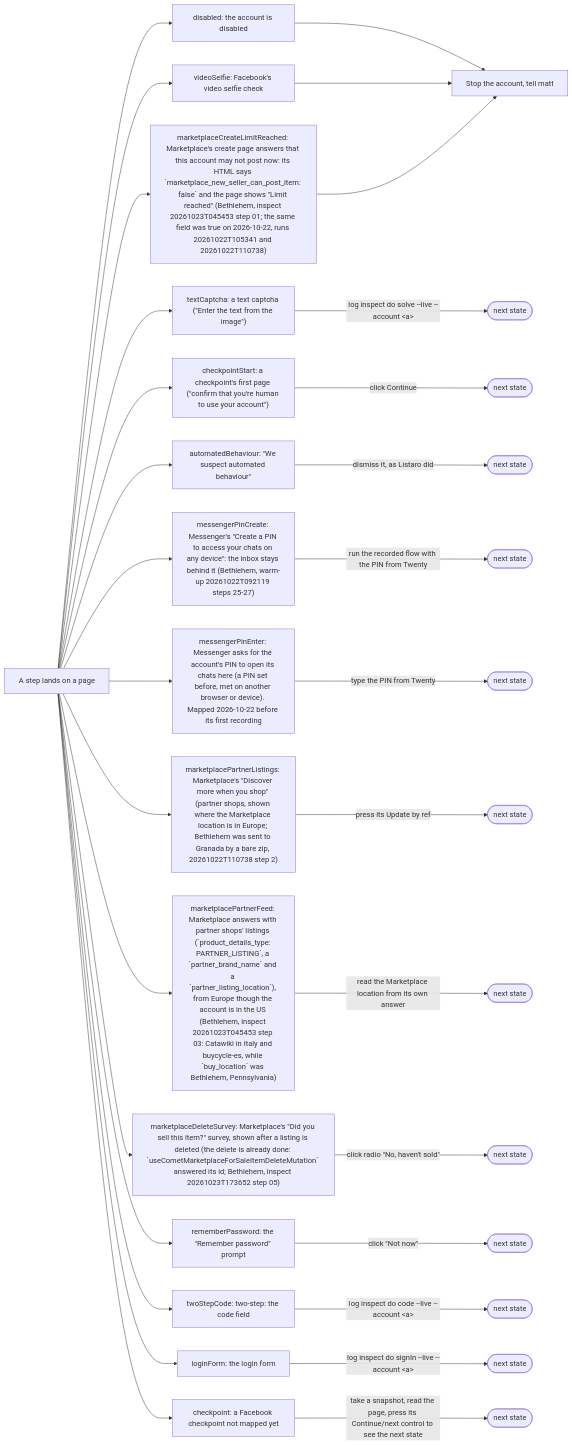
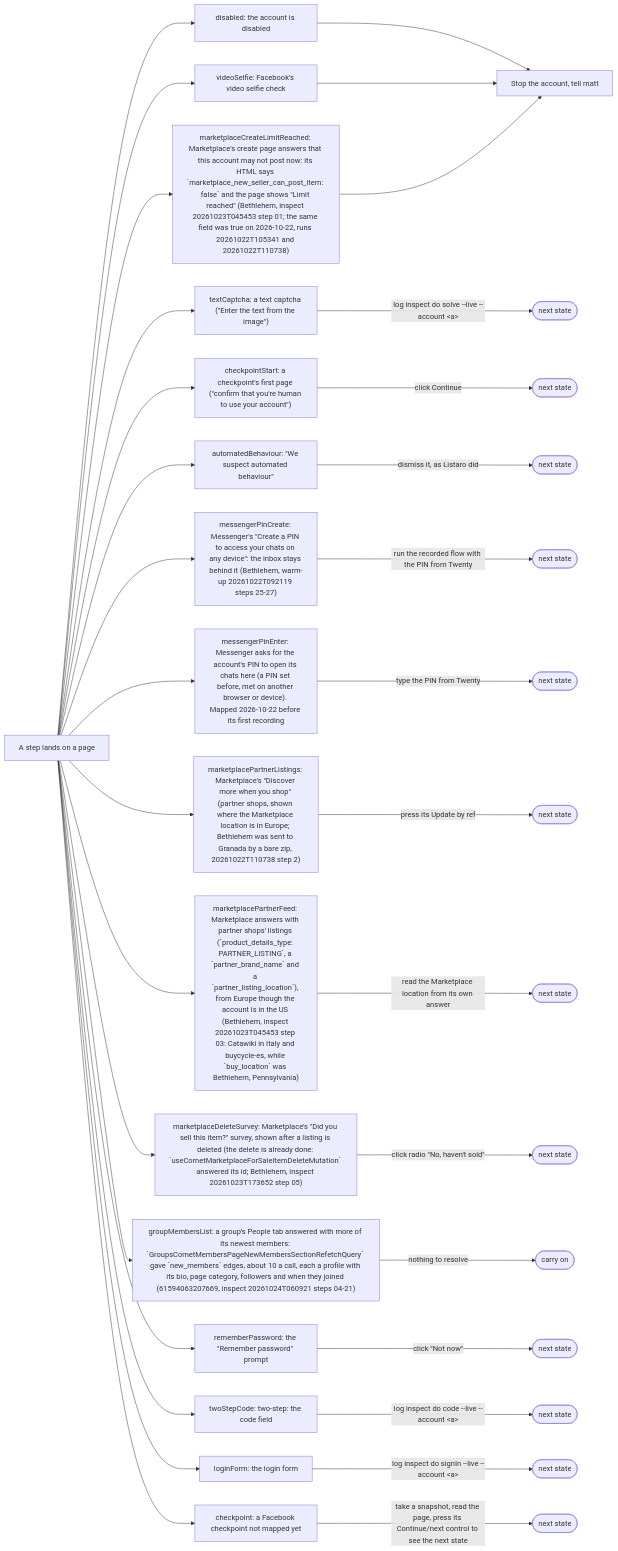
The fifth of 5 diagrams in README.md (matthewdonsemail-lab/log), drawn with Mermaid before and after one commit. The commit also changed other lines of this file and 53 other files, not shown here.

Commit message:
feat(read): log facebook read members, the group's newest members from its People tab (rule 77)

````diff
--- a/README.md
+++ b/README.md
@@ -479,50 +479,53 @@
 ```mermaid
 flowchart LR
   page["A step lands on a page"]
   person["Stop the account, tell matt"]
   disabled["disabled: the account is disabled"]
   page --> disabled
   disabled --> person
   videoSelfie["videoSelfie: Facebook's video selfie check"]
   page --> videoSelfie
   videoSelfie --> person
   textCaptcha["textCaptcha: a text captcha (#quot;Enter the text from the image#quot;)"]
   page --> textCaptcha
   textCaptcha -->|"log inspect do solve --live --account #lt;a#gt;"| nexttextCaptcha(["next state"])
   checkpointStart["checkpointStart: a checkpoint's first page (#quot;confirm that you're human to use your account#quot;)"]
   page --> checkpointStart
   checkpointStart -->|"click Continue"| nextcheckpointStart(["next state"])
   automatedBehaviour["automatedBehaviour: #quot;We suspect automated behaviour#quot;"]
   page --> automatedBehaviour
   automatedBehaviour -->|"dismiss it, as Listaro did"| nextautomatedBehaviour(["next state"])
   messengerPinCreate["messengerPinCreate: Messenger's #quot;Create a PIN to access your chats on any device#quot;: the inbox stays behind it (Bethlehem, warm-up 20261022T092119 steps 25-27)"]
   page --> messengerPinCreate
   messengerPinCreate -->|"run the recorded flow with the PIN from Twenty"| nextmessengerPinCreate(["next state"])
   messengerPinEnter["messengerPinEnter: Messenger asks for the account's PIN to open its chats here (a PIN set before, met on another browser or device). Mapped 2026-10-22 before its first recording"]
   page --> messengerPinEnter
   messengerPinEnter -->|"type the PIN from Twenty"| nextmessengerPinEnter(["next state"])
   marketplacePartnerListings["marketplacePartnerListings: Marketplace's #quot;Discover more when you shop#quot; (partner shops, shown where the Marketplace location is in Europe#59; Bethlehem was sent to Granada by a bare zip, 20261022T110738 step 2)"]
   page --> marketplacePartnerListings
   marketplacePartnerListings -->|"press its Update by ref"| nextmarketplacePartnerListings(["next state"])
   marketplaceCreateLimitReached["marketplaceCreateLimitReached: Marketplace's create page answers that this account may not post now: its HTML says `marketplace_new_seller_can_post_item: false` and the page shows #quot;Limit reached#quot; (Bethlehem, inspect 20261023T045453 step 01#59; the same field was true on 2026-10-22, runs 20261022T105341 and 20261022T110738)"]
   page --> marketplaceCreateLimitReached
   marketplaceCreateLimitReached --> person
   marketplacePartnerFeed["marketplacePartnerFeed: Marketplace answers with partner shops' listings (`product_details_type: PARTNER_LISTING`, a `partner_brand_name` and a `partner_listing_location`), from Europe though the account is in the US (Bethlehem, inspect 20261023T045453 step 03: Catawiki in Italy and buycycle-es, while `buy_location` was Bethlehem, Pennsylvania)"]
   page --> marketplacePartnerFeed
   marketplacePartnerFeed -->|"read the Marketplace location from its own answer"| nextmarketplacePartnerFeed(["next state"])
   marketplaceDeleteSurvey["marketplaceDeleteSurvey: Marketplace's #quot;Did you sell this item?#quot; survey, shown after a listing is deleted (the delete is already done: `useCometMarketplaceForSaleItemDeleteMutation` answered its id#59; Bethlehem, inspect 20261023T173652 step 05)"]
   page --> marketplaceDeleteSurvey
   marketplaceDeleteSurvey -->|"click radio #quot;No, haven't sold#quot;"| nextmarketplaceDeleteSurvey(["next state"])
+  groupMembersList["groupMembersList: a group's People tab answered with more of its newest members: `GroupsCometMembersPageNewMembersSectionRefetchQuery` gave `new_members` edges, about 10 a call, each a profile with its bio, page category, followers and when they joined (61594063207669, inspect 20261024T060921 steps 04-21)"]
+  page --> groupMembersList
+  groupMembersList -->|"nothing to resolve"| nextgroupMembersList(["carry on"])
   rememberPassword["rememberPassword: the #quot;Remember password#quot; prompt"]
   page --> rememberPassword
   rememberPassword -->|"click #quot;Not now#quot;"| nextrememberPassword(["next state"])
   twoStepCode["twoStepCode: two-step: the code field"]
   page --> twoStepCode
   twoStepCode -->|"log inspect do code --live --account #lt;a#gt;"| nexttwoStepCode(["next state"])
   loginForm["loginForm: the login form"]
   page --> loginForm
   loginForm -->|"log inspect do signIn --live --account #lt;a#gt;"| nextloginForm(["next state"])
   checkpoint["checkpoint: a Facebook checkpoint not mapped yet"]
   page --> checkpoint
   checkpoint -->|"take a snapshot, read the page, press its Continue/next control to see the next state"| nextcheckpoint(["next state"])
 ```
````
